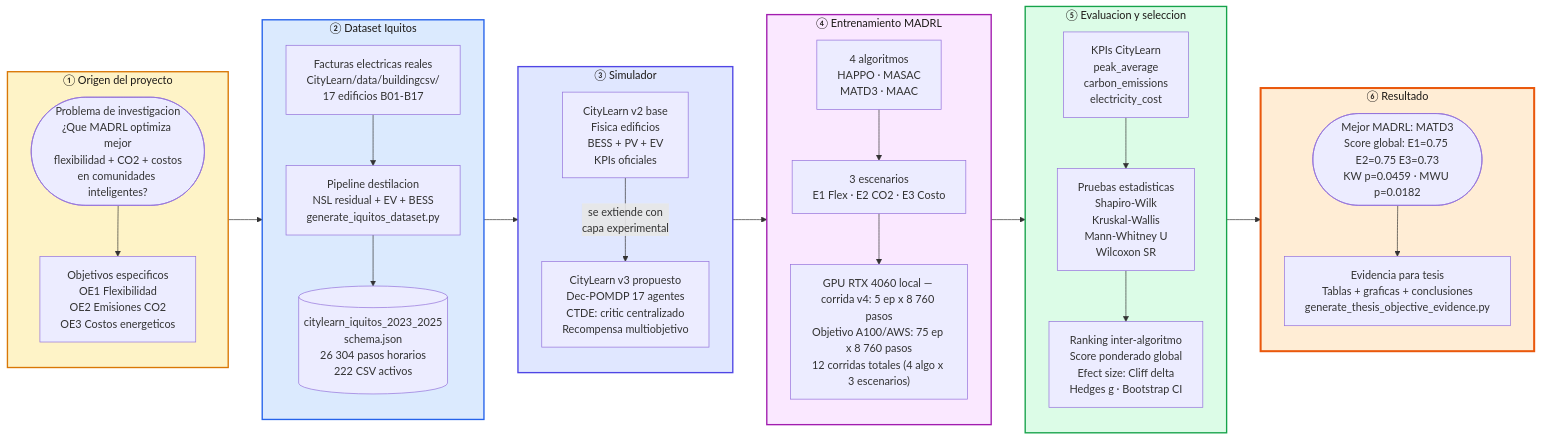
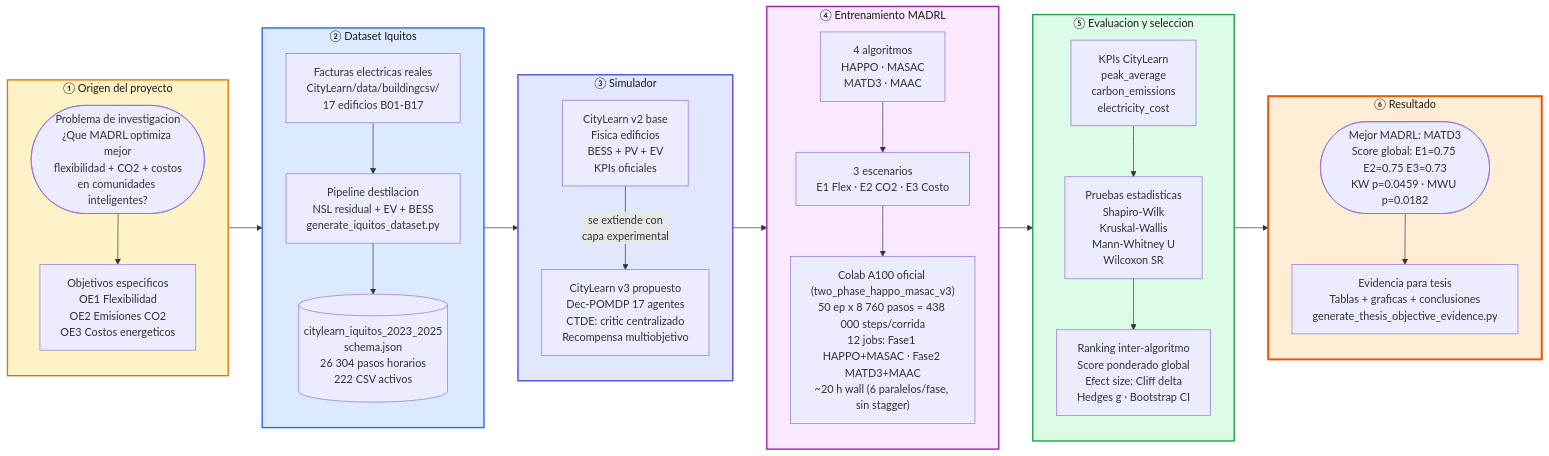
One commit to Mac-Tapia/MADRLCitytleranflexresdr changed the first of 9 diagrams in docs/architecture/ARQUITECTURA_PROYECTO_DEFENSA.md. Above: the diagram before and after it, drawn with Mermaid. The commit also changed other lines of this file and 10 other files, not shown here.

Commit message:
docs: update 9 architecture diagrams for two_phase Colab A100 protocol

````diff
--- a/docs/architecture/ARQUITECTURA_PROYECTO_DEFENSA.md
+++ b/docs/architecture/ARQUITECTURA_PROYECTO_DEFENSA.md
@@ -19,67 +19,67 @@
 ```mermaid
 flowchart LR
     subgraph ORIGEN["① Origen del proyecto"]
         direction TB
         PROB(["Problema de investigacion\n¿Que MADRL optimiza mejor\nflexibilidad + CO2 + costos\nen comunidades inteligentes?"])
         OBJ["Objetivos especificos\nOE1 Flexibilidad\nOE2 Emisiones CO2\nOE3 Costos energeticos"]
         PROB --> OBJ
     end
 
     subgraph DATOS["② Dataset Iquitos"]
         direction TB
         RAW["Facturas electricas reales\nCityLearn/data/buildingcsv/\n17 edificios B01-B17"]
         PIPE["Pipeline destilacion\nNSL residual + EV + BESS\ngenerate_iquitos_dataset.py"]
         DS[("citylearn_iquitos_2023_2025\nschema.json\n26 304 pasos horarios\n222 CSV activos")]
         RAW --> PIPE --> DS
     end
 
     subgraph SIM["③ Simulador"]
         direction TB
         V2["CityLearn v2 base\nFisica edificios\nBESS + PV + EV\nKPIs oficiales"]
         V3["CityLearn v3 propuesto\nDec-POMDP 17 agentes\nCTDE: critic centralizado\nRecompensa multiobjetivo"]
         V2 -->|"se extiende con\ncapa experimental"| V3
     end
 
     subgraph MADRL_BLOQUE["④ Entrenamiento MADRL"]
         direction TB
         ALGS["4 algoritmos\nHAPPO · MASAC\nMATD3 · MAAC"]
         EJES["3 escenarios\nE1 Flex · E2 CO2 · E3 Costo"]
-        GPU["GPU RTX 4060 local — corrida v4: 5 ep x 8 760 pasos\nObjetivo A100/AWS: 75 ep x 8 760 pasos\n12 corridas totales (4 algo x 3 escenarios)"]
+        GPU["Colab A100 oficial (two_phase_happo_masac_v3)\n50 ep x 8 760 pasos = 438 000 steps/corrida\n12 jobs: Fase1 HAPPO+MASAC · Fase2 MATD3+MAAC\n~20 h wall (6 paralelos/fase, sin stagger)"]
         ALGS --> EJES --> GPU
     end
 
     subgraph EVAL["⑤ Evaluacion y seleccion"]
         direction TB
         KPIS["KPIs CityLearn\npeak_average\ncarbon_emissions\nelectricity_cost"]
         STAT["Pruebas estadisticas\nShapiro-Wilk\nKruskal-Wallis\nMann-Whitney U\nWilcoxon SR"]
         RANK["Ranking inter-algoritmo\nScore ponderado global\nEfect size: Cliff delta\nHedges g · Bootstrap CI"]
         KPIS --> STAT --> RANK
     end
 
     subgraph RESULT["⑥ Resultado"]
         direction TB
         MEJOR(["Mejor MADRL: MATD3\nScore global: E1=0.75 E2=0.75 E3=0.73\nKW p=0.0459 · MWU p=0.0182"])
         TESIS["Evidencia para tesis\nTablas + graficas + conclusiones\ngenerate_thesis_objective_evidence.py"]
         MEJOR --> TESIS
     end
 
     ORIGEN --> DATOS
     DATOS --> SIM
     SIM --> MADRL_BLOQUE
     MADRL_BLOQUE --> EVAL
     EVAL --> RESULT
 
     classDef origen fill:#fef3c7,stroke:#d97706,color:#1c1917,stroke-width:2px
     classDef datos fill:#dbeafe,stroke:#2563eb,color:#1c1917,stroke-width:2px
     classDef sim fill:#e0e7ff,stroke:#4f46e5,color:#1c1917,stroke-width:2px
     classDef madrl fill:#fae8ff,stroke:#a21caf,color:#1c1917,stroke-width:2px
     classDef eval fill:#dcfce7,stroke:#16a34a,color:#1c1917,stroke-width:2px
     classDef result fill:#ffedd5,stroke:#ea580c,color:#1c1917,stroke-width:3px
 
     class ORIGEN origen
     class DATOS datos
     class SIM sim
     class MADRL_BLOQUE madrl
     class EVAL eval
     class RESULT result
 ```
````
